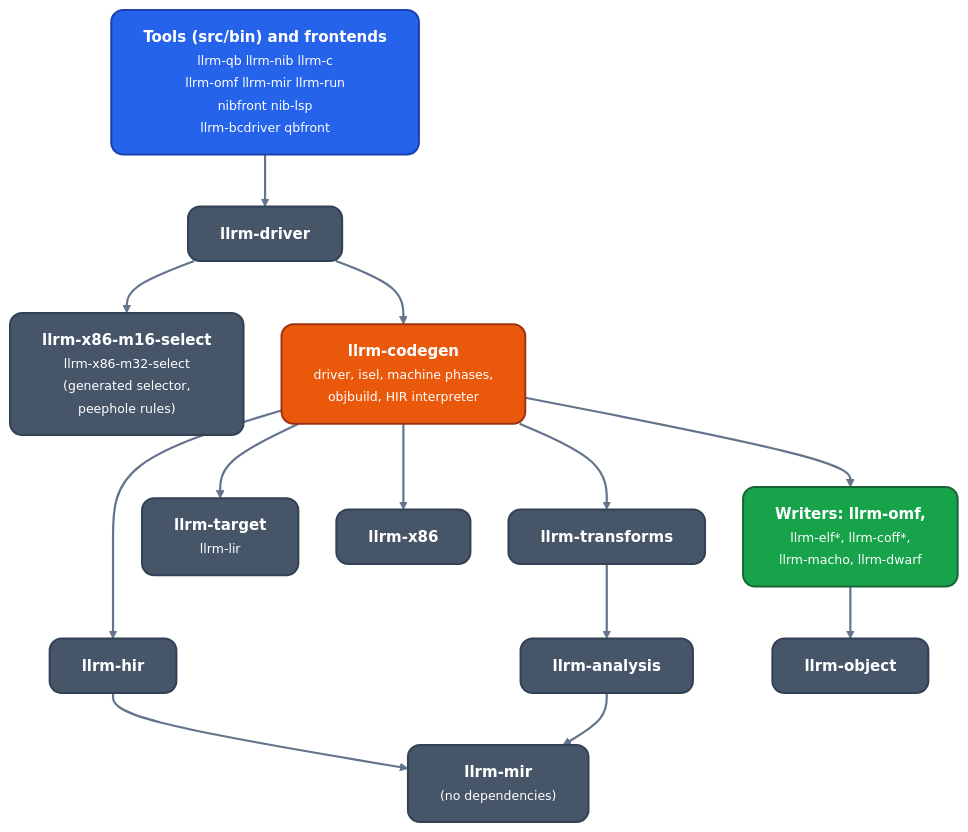
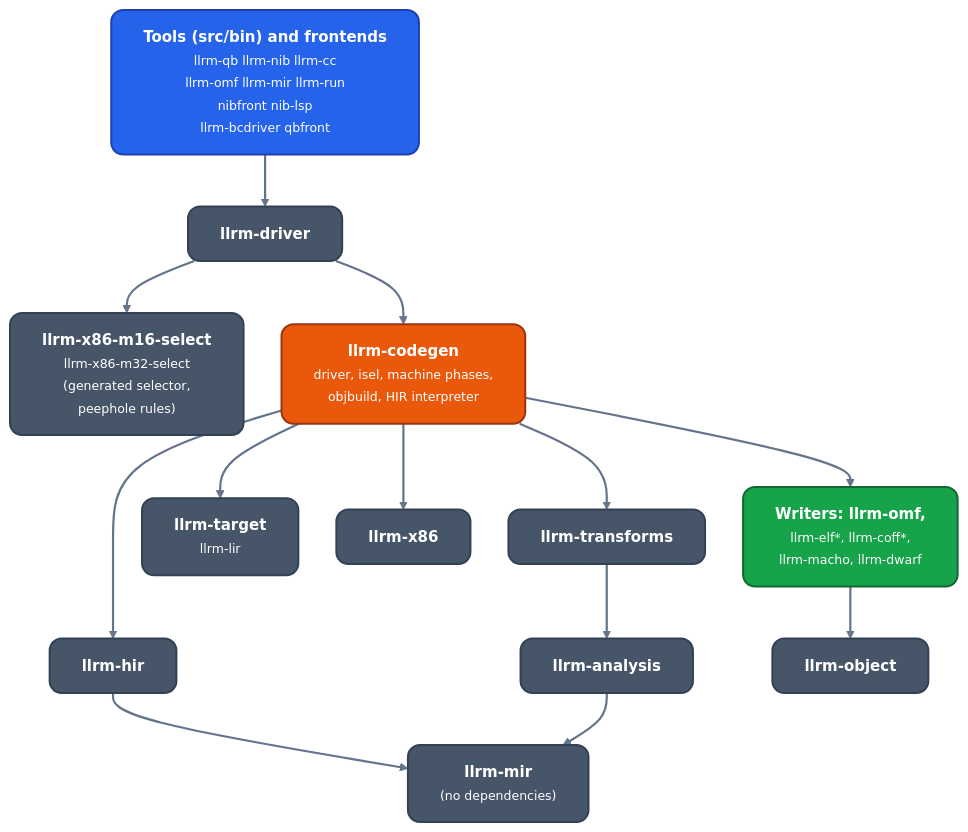
One commit to ali-mosavian/llrm changed the second of 6 diagrams in docs/architecture/readme.md. Above: the diagram before and after it, drawn with Mermaid. The commit also changed other lines of this file and 411 other files, not shown here.

````diff
--- a/docs/architecture/readme.md
+++ b/docs/architecture/readme.md
@@ -72,33 +72,33 @@
 ```mermaid
 %%{init: {'theme':'base','themeVariables':{'fontFamily':'Segoe UI, Helvetica Neue, Arial, DejaVu Sans, sans-serif','fontSize':'15px','primaryColor':'#475569','primaryTextColor':'#ffffff','primaryBorderColor':'#334155','lineColor':'#64748b','secondaryColor':'#475569','tertiaryColor':'transparent','clusterBkg':'transparent','clusterBorder':'#64748b','edgeLabelBackground':'#334155','textColor':'#64748b','titleColor':'#64748b'},'flowchart':{'curve':'basis','nodeSpacing':38,'rankSpacing':52,'padding':16,'wrappingWidth':360,'htmlLabels':true,'useMaxWidth':true}}}%%
 flowchart TB
   classDef src fill:#2563eb,stroke:#1e40af,stroke-width:2px,color:#ffffff,rx:12px,ry:12px
   classDef mid fill:#475569,stroke:#334155,stroke-width:2px,color:#ffffff,rx:12px,ry:12px
   classDef opt fill:#ea580c,stroke:#9a3412,stroke-width:2px,color:#ffffff,rx:12px,ry:12px
   classDef out fill:#16a34a,stroke:#166534,stroke-width:2px,color:#ffffff,rx:12px,ry:12px
   linkStyle default stroke:#64748b,stroke-width:2.2px
-  fe["<b>Tools (src/bin) and frontends</b><br/><small>llrm-qb llrm-nib llrm-c<br/>llrm-omf llrm-mir llrm-run<br/>nibfront nib-lsp<br/>llrm-bcdriver qbfront</small>"]:::src
+  fe["<b>Tools (src/bin) and frontends</b><br/><small>llrm-qb llrm-nib llrm-cc<br/>llrm-omf llrm-mir llrm-run<br/>nibfront nib-lsp<br/>llrm-bcdriver qbfront</small>"]:::src
   drv["<b>llrm-driver</b>"]:::mid
   sel["<b>llrm-x86-m16-select</b><br/><small>llrm-x86-m32-select<br/>(generated selector,<br/>peephole rules)</small>"]:::mid
   core["<b>llrm-codegen</b><br/><small>driver, isel, machine phases,<br/>objbuild, HIR interpreter</small>"]:::opt
   hir["<b>llrm-hir</b>"]:::mid
   tr["<b>llrm-transforms</b>"]:::mid
   tgt["<b>llrm-target</b><br/><small>llrm-lir</small>"]:::mid
   x86["<b>llrm-x86</b>"]:::mid
   wr["<b>Writers: llrm-omf,</b><br/><small>llrm-elf*, llrm-coff*,<br/>llrm-macho, llrm-dwarf</small>"]:::out
   an["<b>llrm-analysis</b>"]:::mid
   obj["<b>llrm-object</b>"]:::mid
   mir["<b>llrm-mir</b><br/><small>(no dependencies)</small>"]:::mid
   fe --> drv
   drv --> sel
   drv --> core
   core --> hir
   core --> tr
   core --> tgt
   core --> x86
   core --> wr
   wr --> obj
   hir --> mir
   tr --> an
   an --> mir
 ```
````
